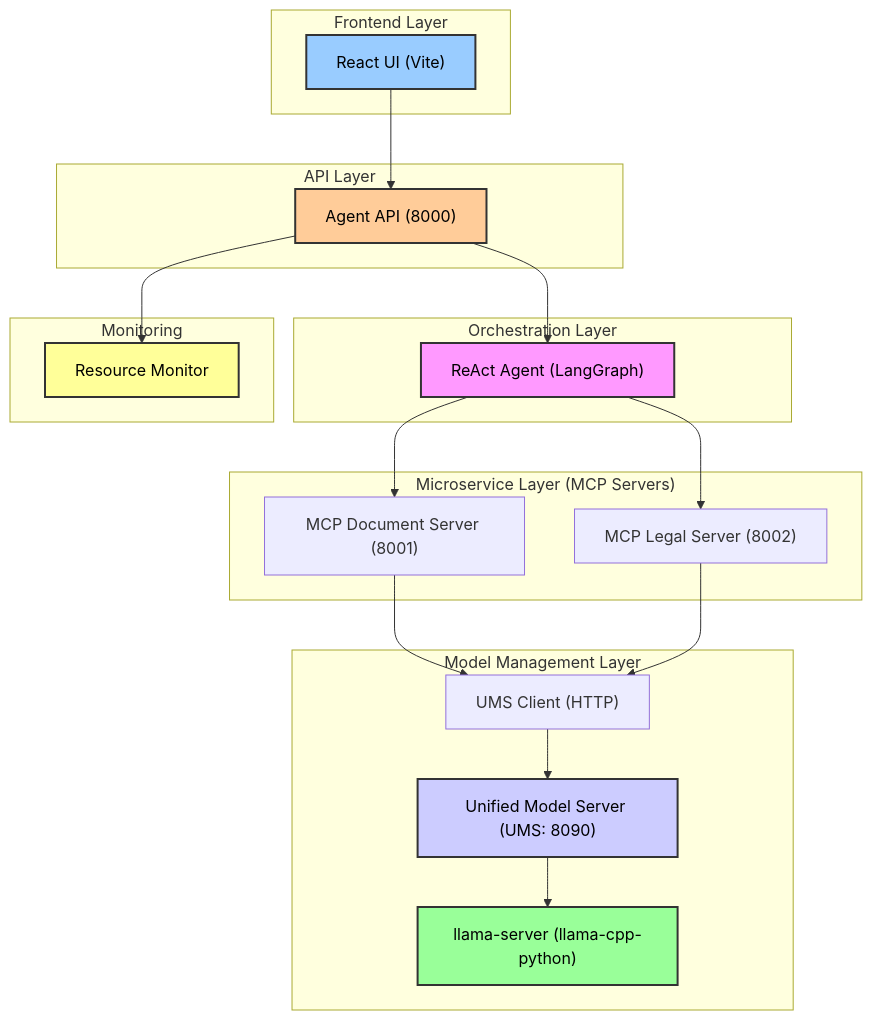
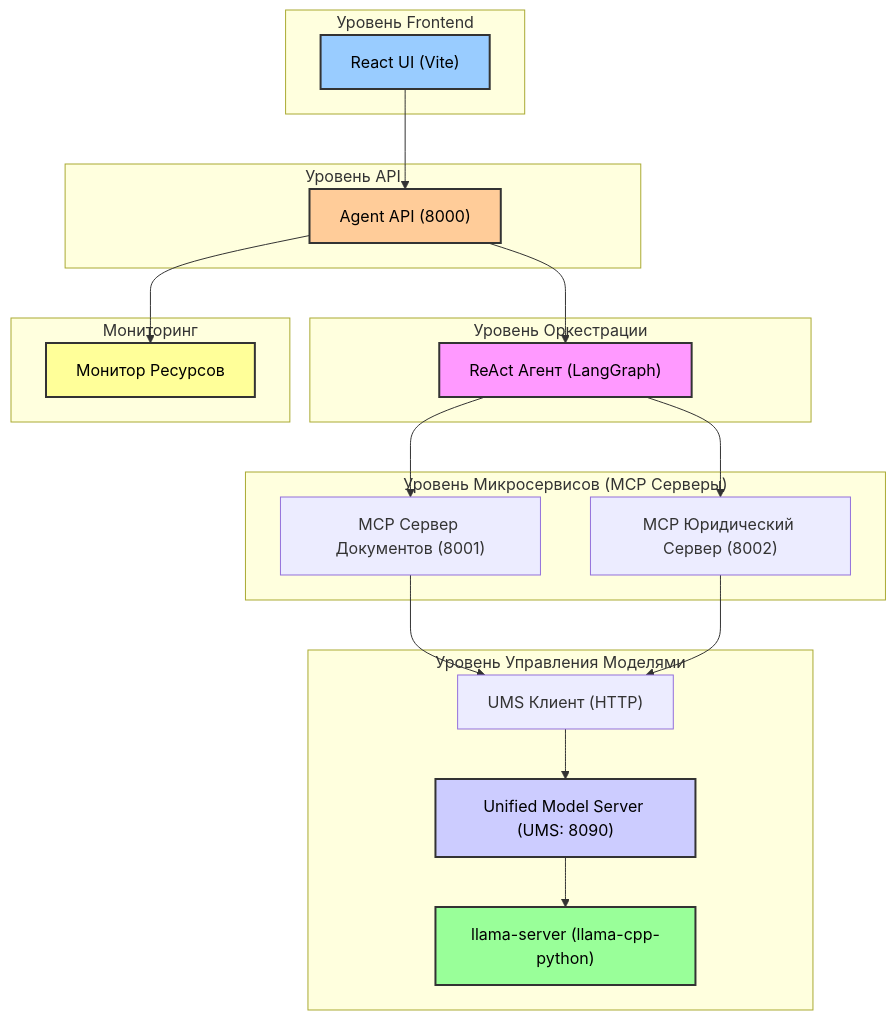
Before and after one commit to senorfrancesco/agent-navigator-pro: the diagram in README.md, drawn with Mermaid. The commit also changed other lines of this file and 108 other files, not shown here.

````diff
--- a/README.md
+++ b/README.md
@@ -11,46 +11,46 @@
 ```mermaid
 graph TD
-    subgraph UI ["Frontend Layer"]
+    subgraph UI ["Уровень Frontend"]
         U["React UI (Vite)"]
     end
     
-    subgraph API ["API Layer"]
+    subgraph API ["Уровень API"]
         AG["Agent API (8000)"]
     end
     
-    subgraph S1 ["Orchestration Layer"]
-        A["ReAct Agent (LangGraph)"]
+    subgraph S1 ["Уровень Оркестрации"]
+        A["ReAct Агент (LangGraph)"]
     end
     
-    subgraph S2 ["Microservice Layer (MCP Servers)"]
-        B["MCP Document Server (8001)"]
-        C["MCP Legal Server (8002)"]
+    subgraph S2 ["Уровень Микросервисов (MCP Серверы)"]
+        B["MCP Сервер Документов (8001)"]
+        C["MCP Юридический Сервер (8002)"]
     end
     
-    subgraph S3 ["Model Management Layer"]
-        D["UMS Client (HTTP)"]
+    subgraph S3 ["Уровень Управления Моделями"]
+        D["UMS Клиент (HTTP)"]
         E["Unified Model Server (UMS: 8090)"]
         F["llama-server (llama-cpp-python)"]
     end
     
-    subgraph MON ["Monitoring"]
-        RM["Resource Monitor"]
+    subgraph MON ["Мониторинг"]
+        RM["Монитор Ресурсов"]
     end
     
     U --> AG
     AG --> A
     AG --> RM
     A --> B
     A --> C
     B --> D
     C --> D
     D --> E
     E --> F
     
     style U fill:#9cf,stroke:#333,stroke-width:2px,color:#000
     style AG fill:#fc9,stroke:#333,stroke-width:2px,color:#000
     style A fill:#f9f,stroke:#333,stroke-width:2px,color:#000
     style E fill:#ccf,stroke:#333,stroke-width:2px,color:#000
     style F fill:#9f9,stroke:#333,stroke-width:2px,color:#000
     style RM fill:#ff9,stroke:#333,stroke-width:2px,color:#000
 ```
````
